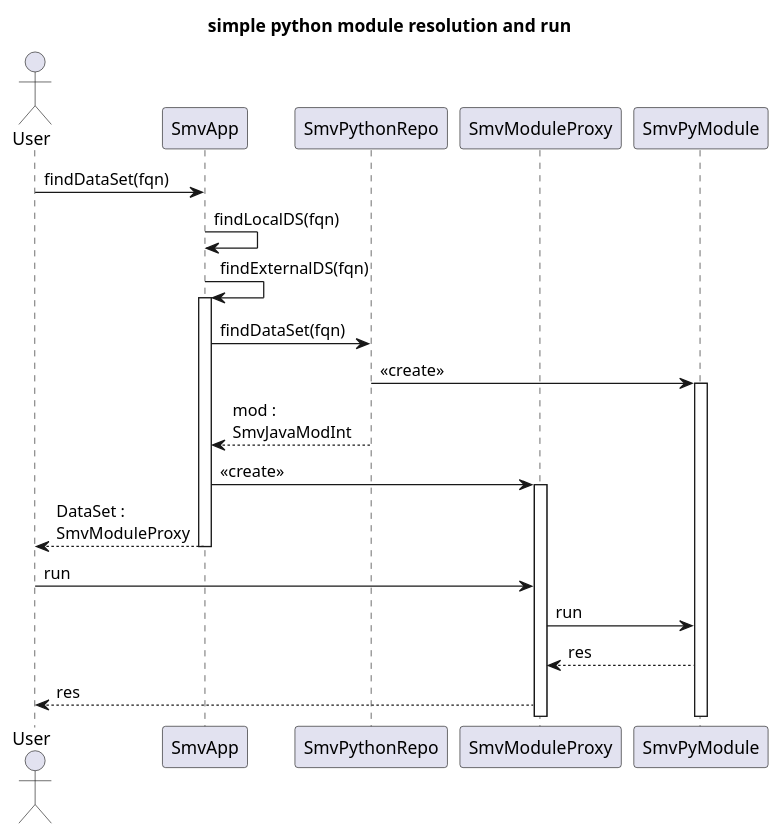
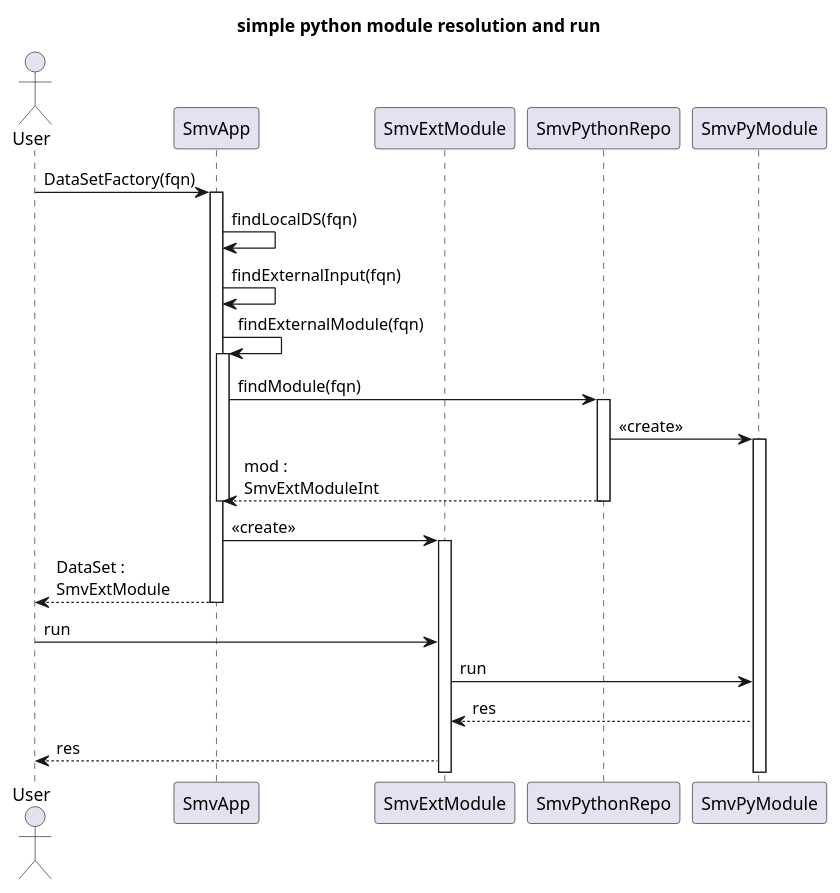
The diagram in docs/design/Python/py_api_seq.puml (TresAmigosSD/SMV), drawn with PlantUML before and after one commit. The commit also changed 1 other file, not shown here.

Commit message:
updated the python api class/seq diagrams for separation of module/input interface

```diff
--- a/docs/design/Python/py_api_seq.puml
+++ b/docs/design/Python/py_api_seq.puml
@@ -1,30 +1,33 @@
 @startuml
 title simple python module resolution and run
 
 Actor User
 Participant SmvApp as app
+Participant SmvExtModule as extmod
 Participant SmvPythonRepo as repo
-Participant SmvModuleProxy as prox
 Participant SmvPyModule as pymod
-'Participant SmvApp
-'Participant SmvApp
 
-User -> app : findDataSet(fqn)
-app -> app : findLocalDS(fqn)
-app -> app : findExternalDS(fqn)
+User -> app : DataSetFactory(fqn)
 activate app
-  app -> repo : findDataSet(fqn)
-  repo -> pymod : <<create>>
-  activate pymod
-  repo --> app : mod :\nSmvJavaModInt
-  app -> prox : <<create>>
-  activate prox
-  app --> User : DataSet :\nSmvModuleProxy
+  app -> app : findLocalDS(fqn)
+  app -> app : findExternalInput(fqn)
+  app -> app : findExternalModule(fqn)
+  activate app
+  app -> repo : findModule(fqn)
+    activate repo
+      repo -> pymod : <<create>>
+      activate pymod
+      repo --> app : mod :\nSmvExtModuleInt
+    deactivate repo
+  deactivate app
+  app -> extmod : <<create>>
+  activate extmod
+  app --> User : DataSet :\nSmvExtModule
 deactivate app
 
-User -> prox : run
-prox -> pymod : run
-pymod --> prox : res
-prox --> User : res
+User -> extmod : run
+extmod -> pymod : run
+pymod --> extmod : res
+extmod --> User : res
 
 @enduml
```
